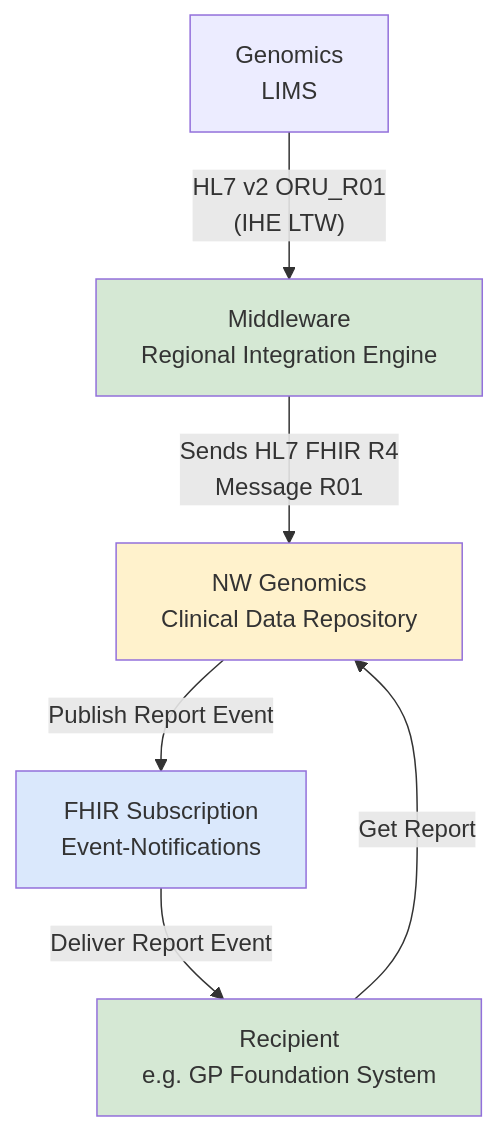
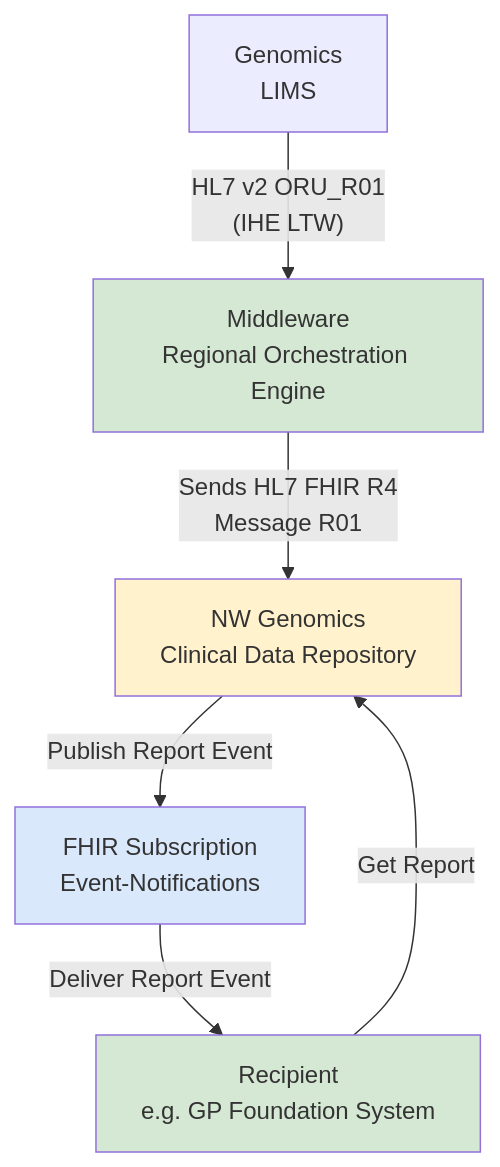
One commit to uk-gov-mirror/nw-gmsa.nw-gmsa.github.com changed the third of 3 diagrams in input/pagecontent/HIE.md. Above: the diagram before and after it, drawn with Mermaid. The commit also changed 55 other files, not shown here.

````diff
--- a/input/pagecontent/HIE.md
+++ b/input/pagecontent/HIE.md
@@ -79,18 +79,18 @@
 ```mermaid
 graph TD;
 
-    LIMS[Genomics<br/>LIMS] --> |" HL7 v2 ORU_R01<br/>(IHE LTW)"| RIE[Middleware<br/>Regional Integration Engine];
+    LIMS[Genomics<br/>LIMS] --> |" HL7 v2 ORU_R01<br/>(IHE LTW)"| RIE[Middleware<br/>Regional Orchestration Engine];
     RIE --> |"Sends HL7 FHIR R4<br/>Message R01"| CDR[NW Genomics<br/>Clinical Data Repository]
     CDR --> |Publish Report Event| SUB[FHIR Subscription<br/>Event-Notifications]
     SUB --> |Deliver Report Event| EPR["Recipient<br/>e.g. GP Foundation System"]
     EPR --> |Get Report| CDR
    
     classDef yellow fill:#FFF2CC;
     classDef green fill:#D5E8D4;
     classDef blue fill:#DAE8FC;
 
     class RIE green;
     class EPR green;
     class CDR yellow;
     class SUB blue;
 ```
````
